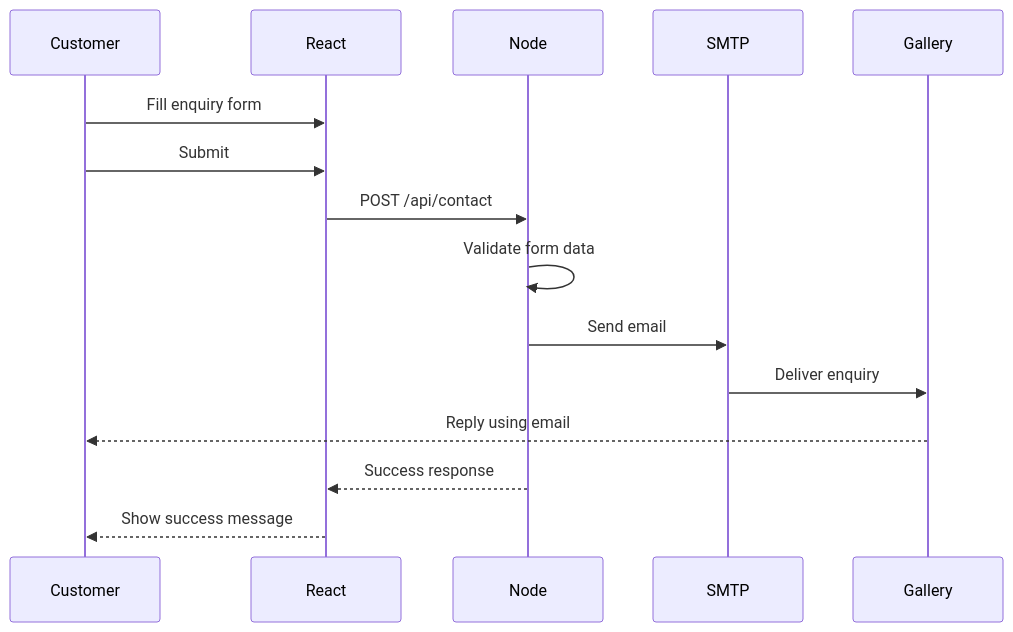
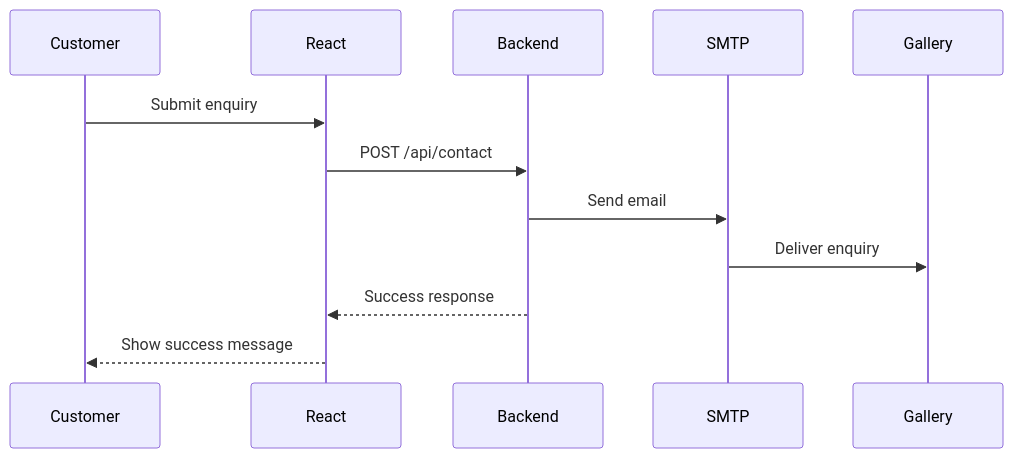
One commit to Aditya-Wadbudhe/pranu-art-website changed the second of 2 diagrams in README.md. Above: the diagram before and after it, drawn with Mermaid. The commit also changed other lines of this file, not shown here.

````diff
--- a/README.md
+++ b/README.md
@@ -280,18 +371,15 @@
 ```mermaid
 sequenceDiagram
     participant Customer
     participant React
-    participant Node
+    participant Backend
     participant SMTP
     participant Gallery
 
-    Customer->>React: Fill enquiry form
-    Customer->>React: Submit
-    React->>Node: POST /api/contact
-    Node->>Node: Validate form data
-    Node->>SMTP: Send email
+    Customer->>React: Submit enquiry
+    React->>Backend: POST /api/contact
+    Backend->>SMTP: Send email
     SMTP->>Gallery: Deliver enquiry
-    Gallery-->>Customer: Reply using email
-    Node-->>React: Success response
+    Backend-->>React: Success response
     React-->>Customer: Show success message
 ```
````
